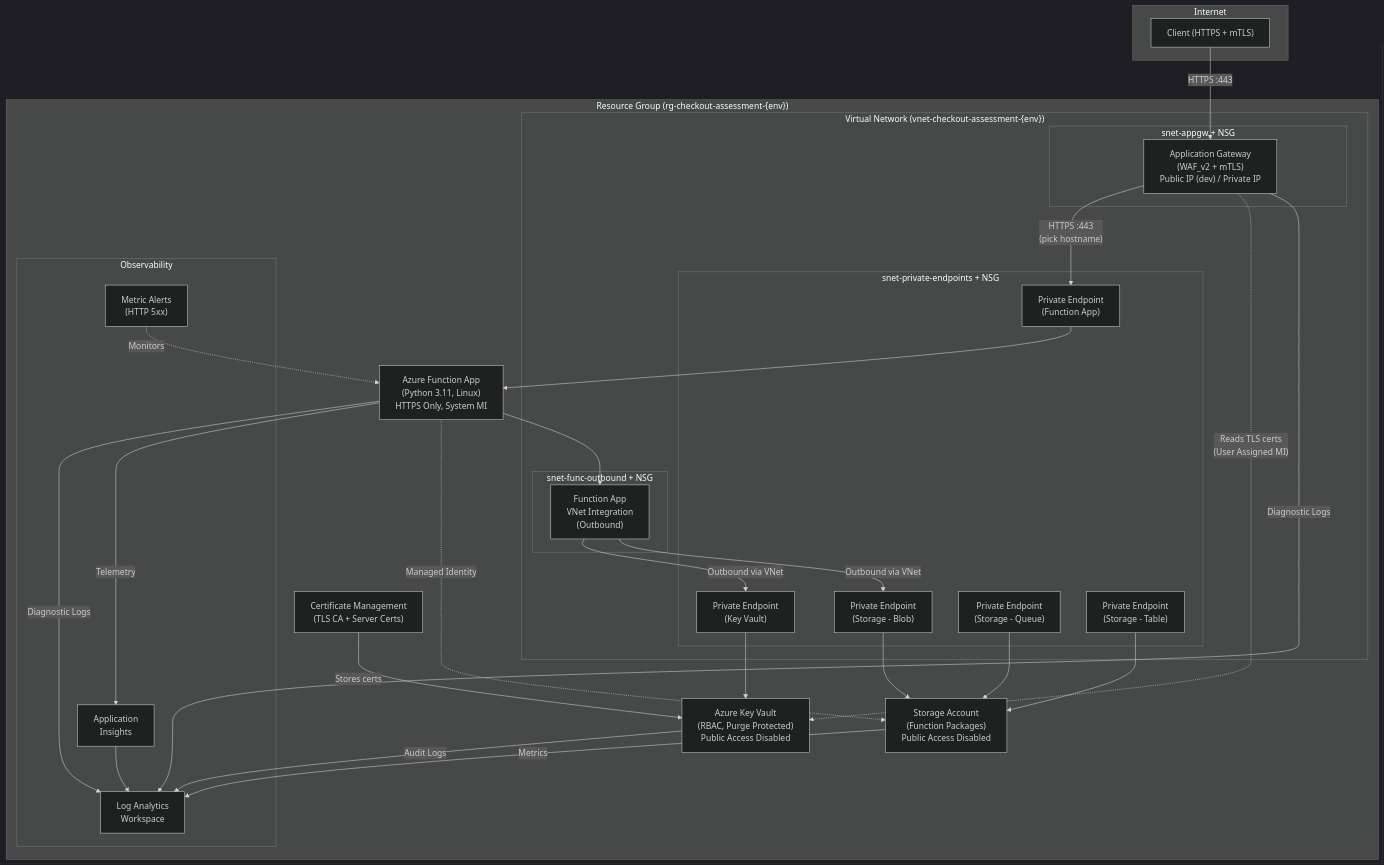
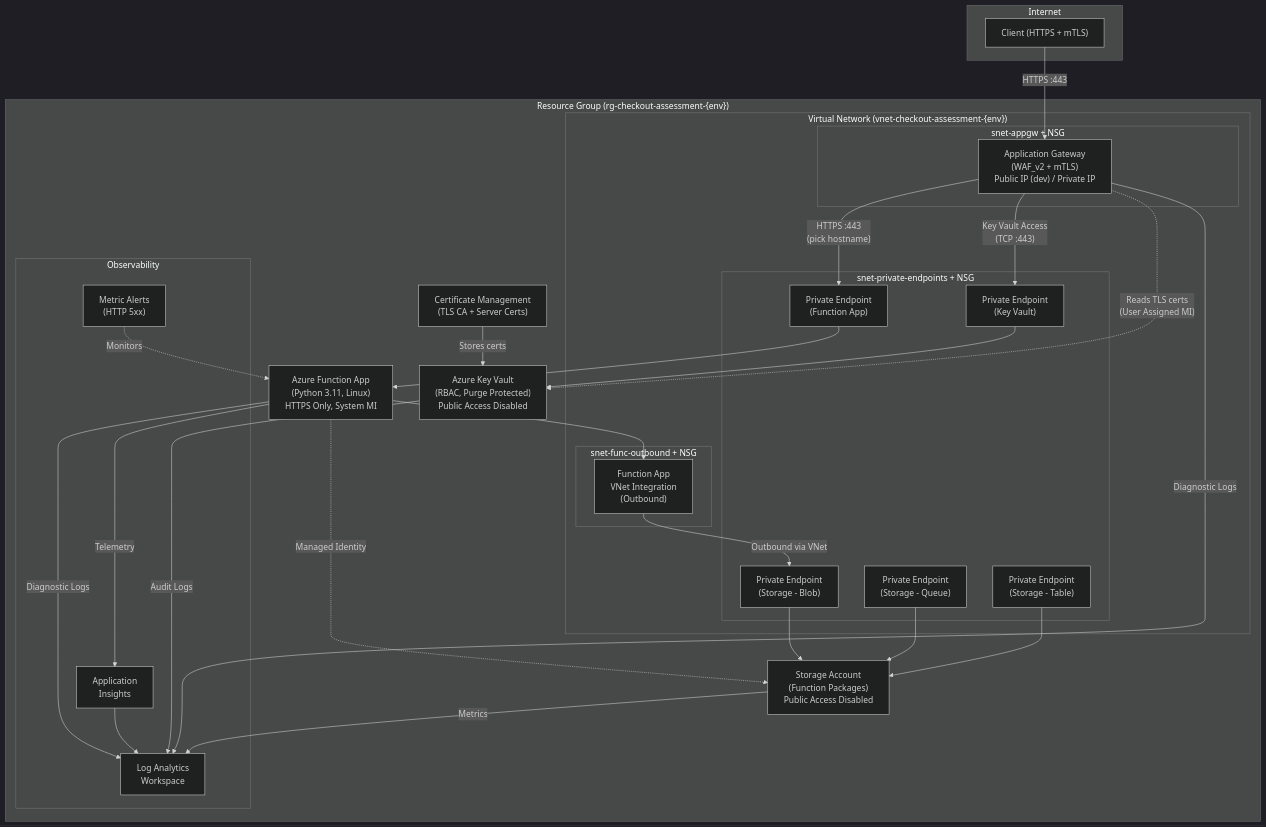
One commit to sbelal/checkout-platform-assessment changed the first of 3 diagrams in docs/architecture.md. Above: the diagram before and after it, drawn with Mermaid (dark theme). The commit also changed other lines of this file and 22 other files, not shown here.

````diff
--- a/docs/architecture.md
+++ b/docs/architecture.md
@@ -7,59 +7,59 @@
 ```mermaid
 flowchart TB
     subgraph Internet
         Client["Client (HTTPS + mTLS)"]
     end
 
     subgraph RG["Resource Group (rg-checkout-assessment-{env})"]
         subgraph VNet["Virtual Network (vnet-checkout-assessment-{env})"]
             subgraph snet_appgw["snet-appgw + NSG"]
                 AppGW["Application Gateway\n(WAF_v2 + mTLS)\nPublic IP (dev) / Private IP"]
             end
 
             subgraph snet_pe["snet-private-endpoints + NSG"]
                 PE_Func["Private Endpoint\n(Function App)"]
                 PE_KV["Private Endpoint\n(Key Vault)"]
                 PE_Blob["Private Endpoint\n(Storage - Blob)"]
                 PE_Queue["Private Endpoint\n(Storage - Queue)"]
                 PE_Table["Private Endpoint\n(Storage - Table)"]
             end
 
             subgraph snet_func["snet-func-outbound + NSG"]
                 VNetInt["Function App\nVNet Integration\n(Outbound)"]
             end
         end
 
         FuncApp["Azure Function App\n(Python 3.11, Linux)\nHTTPS Only, System MI"]
         KV["Azure Key Vault\n(RBAC, Purge Protected)\nPublic Access Disabled"]
         Storage["Storage Account\n(Function Packages)\nPublic Access Disabled"]
         CertMgmt["Certificate Management\n(TLS CA + Server Certs)"]
 
         subgraph Observability
             LAW["Log Analytics\nWorkspace"]
             AppInsights["Application\nInsights"]
             Alerts["Metric Alerts\n(HTTP 5xx)"]
         end
     end
 
     Client -- "HTTPS :443" --> AppGW
     AppGW -- "HTTPS :443\n(pick hostname)" --> PE_Func
+    AppGW -- "Key Vault Access\n(TCP :443)" --> PE_KV
     PE_Func --> FuncApp
     FuncApp --> VNetInt
-    VNetInt -- "Outbound via VNet" --> PE_KV
     VNetInt -- "Outbound via VNet" --> PE_Blob
     PE_KV --> KV
     PE_Blob --> Storage
     PE_Queue --> Storage
     PE_Table --> Storage
     CertMgmt -- "Stores certs" --> KV
     AppGW -. "Reads TLS certs\n(User Assigned MI)" .-> KV
     FuncApp -. "Managed Identity" .-> Storage
 
     AppGW -- "Diagnostic Logs" --> LAW
     FuncApp -- "Diagnostic Logs" --> LAW
     FuncApp -- "Telemetry" --> AppInsights
     KV -- "Audit Logs" --> LAW
     Storage -- "Metrics" --> LAW
     AppInsights --> LAW
     Alerts -. "Monitors" .-> FuncApp
 ```
````
